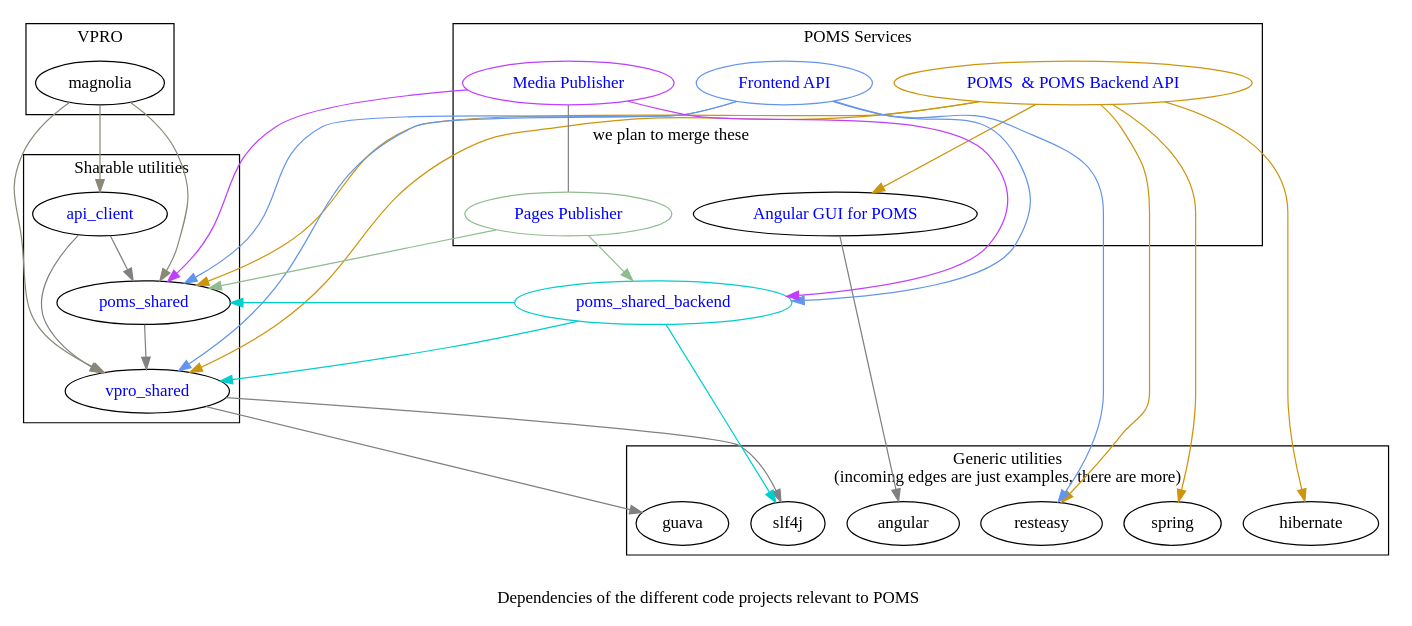
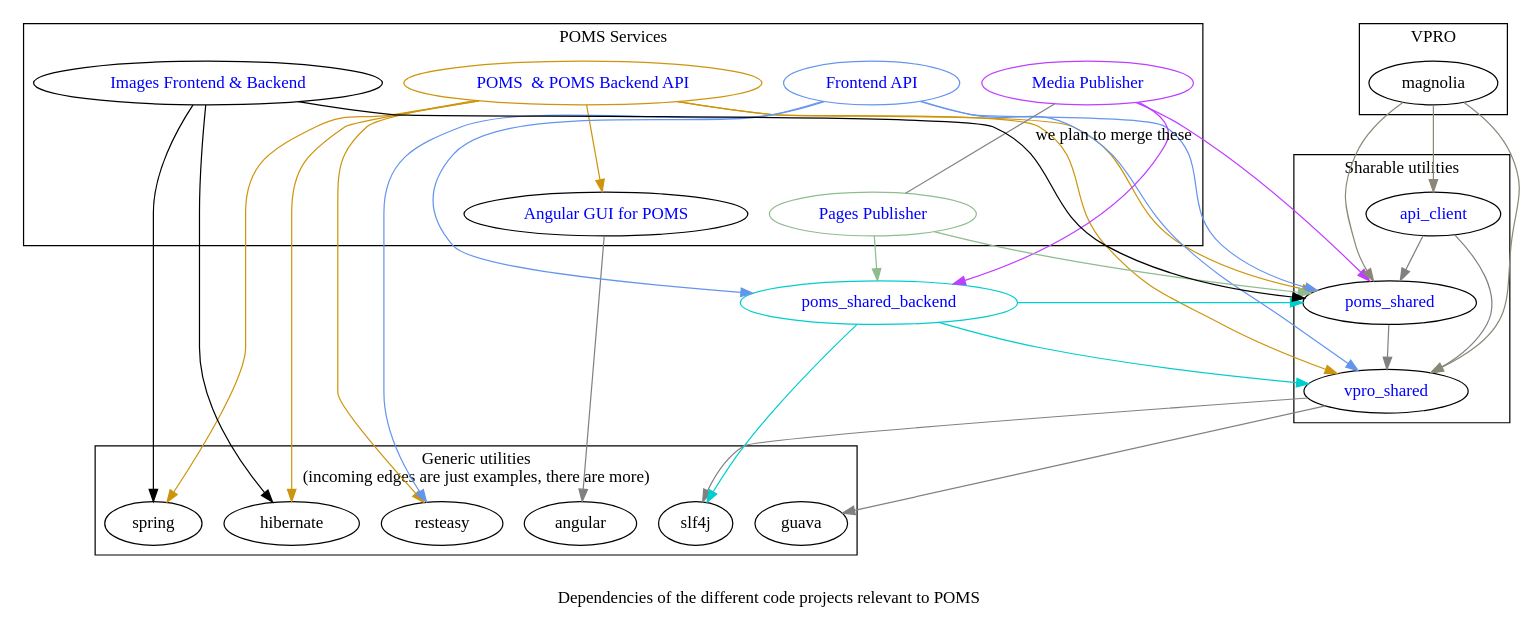
One commit to npo-poms/poms-parent changed the diagram in poms-dependencies.dot. Above: the diagram before and after it, drawn with Graphviz. The commit also changed 4 other files, not shown here.

```diff
--- a/poms-dependencies.dot
+++ b/poms-dependencies.dot
@@ -1,113 +1,124 @@
 
 strict digraph {
   vpro_shared  [ href="https://github.com/vpro/vpro-shared"
                 fontcolor=blue
                 ]
   poms_shared  [
                 href="https://github.com/npo-poms/poms-shared"
                 fontcolor=blue
    ]
-  api_client [ href="https://github.com/npo-poms/api-clients" fontcolor=blue ];
-  poms_backend [ label="POMS  & POMS Backend API" href="https://subversion.vpro.nl/viewvc/nl/vpro/media" fontcolor=blue color=darkgoldenrod3];
-  poms_gui [ label="Angular GUI for POMS" href="https://subversion.vpro.nl/viewvc/nl/vpro/media-gui" fontcolor=blue ];
-  poms_shared_backend [ href="https://subversion.vpro.nl/viewvc/nl/publiekeomroep/poms-shared-backend/" fontcolor=blue color=cyan3 ];
-  api [ label="Frontend API" href="https://subversion.vpro.nl/viewvc/nl/vpro/api/" fontcolor=blue color=cornflowerblue];
-  media_publish [ label="Media Publisher" href="https://subversion.vpro.nl/viewvc/nl/publiekeomroep/npo-publish/" fontcolor=blue color=darkorchid1];
-  pages_publish [ label="Pages Publisher" href="https://subversion.vpro.nl/viewvc/nl/publiekeomroep/npo-publish/" fontcolor=blue color=darkseagreen ];
+  api_client [ href="https://github.com/npo-poms/api-clients" fontcolor=blue ]
+  poms_backend [ label="POMS  & POMS Backend API" href="https://subversion.vpro.nl/viewvc/nl/vpro/media" fontcolor=blue color=darkgoldenrod3]
+  poms_gui [ label="Angular GUI for POMS" href="https://subversion.vpro.nl/viewvc/nl/vpro/media-gui" fontcolor=blue ]
+  poms_shared_backend [ href="https://subversion.vpro.nl/viewvc/nl/publiekeomroep/poms-shared-backend/" fontcolor=blue color=cyan3 ]
+  api [ label="Frontend API" href="https://subversion.vpro.nl/viewvc/nl/vpro/api/" fontcolor=blue color=cornflowerblue]
+  media_publish [ label="Media Publisher" href="https://subversion.vpro.nl/viewvc/nl/publiekeomroep/npo-publish/" fontcolor=blue color=darkorchid1]
+  pages_publish [ label="Pages Publisher" href="https://subversion.vpro.nl/viewvc/nl/publiekeomroep/npo-publish/" fontcolor=blue color=darkseagreen ]
+
+  images [ label="Images Frontend & Backend" href="https://subversion.vpro.nl/viewvc/nl/vpro/images/" fontcolor=blue ]
 
 
 
   label="
   Dependencies of the different code projects relevant to POMS";
 
   graph [
          splines = yes
   ]
 
 
   subgraph cluster_0  {
     label="Generic utilities\n(incoming edges are just examples, there are more)"
     //label="Utilities which we don't maintain. These are only some example. Also, not every edge is included";
     slf4j
     guava
     resteasy
     spring
     hibernate
     angular
 
   }
 
   subgraph cluster_1  {
     label="VPRO"
     magnolia
   }
   subgraph cluster_2  {
     label="POMS Services";
     description="These are actually deployed";
     poms_gui
     poms_backend
     pages_publish
     media_publish
     api
+    images
   }
 
   subgraph cluster_4  {
     label="Sharable utilities";
     api_client; vpro_shared; poms_shared;
   }
 
 
   vpro_shared -> {
     slf4j
     guava}[color=gray];
   poms_shared -> vpro_shared[color=gray];
   poms_shared_backend -> {
     vpro_shared
     poms_shared
     slf4j
   }[color=cyan3]
 
   api -> {
     poms_shared
     poms_shared_backend
     vpro_shared
     resteasy
   }[color=cornflowerblue]
 
 
   pages_publish -> {
     poms_shared_backend
     poms_shared
   }[color=darkseagreen]
 
   media_publish -> {
     poms_shared
     poms_shared_backend
     }[color=darkorchid1]
 
-  media_publish -> pages_publish[color=gray label="we plan to merge these" dir=none]
+    media_publish -> pages_publish[color=gray label="we plan to merge these" dir=none]
+
+
 
   api_client -> {
     poms_shared
     vpro_shared
   }[color=gray]
 
+
+  images -> {
+    poms_shared
+    spring
+    hibernate
+  }
 
   magnolia -> {
     api_client
     vpro_shared
     poms_shared
   }[color=cornsilk4]
 
   poms_backend -> {
     poms_shared
     poms_gui
     resteasy
     spring
     hibernate
     vpro_shared
   }[color=darkgoldenrod3]
   poms_gui -> angular[color=gray]
 
 
 }
```
